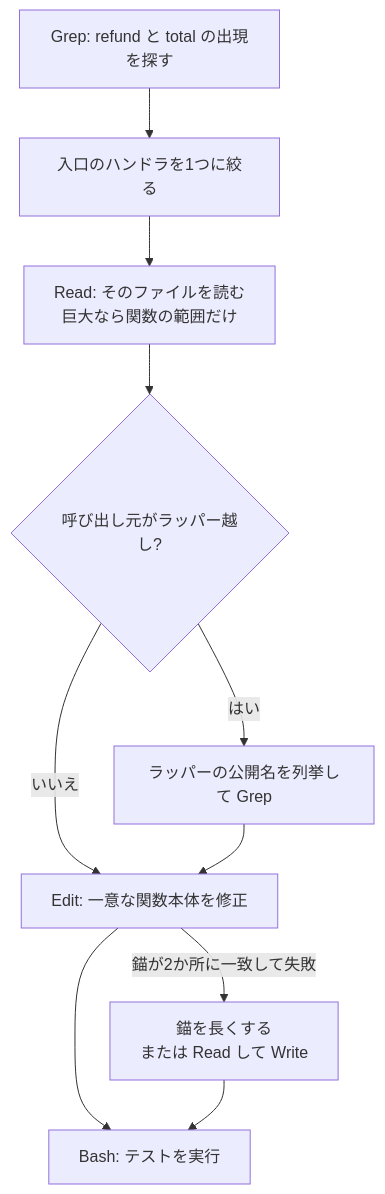
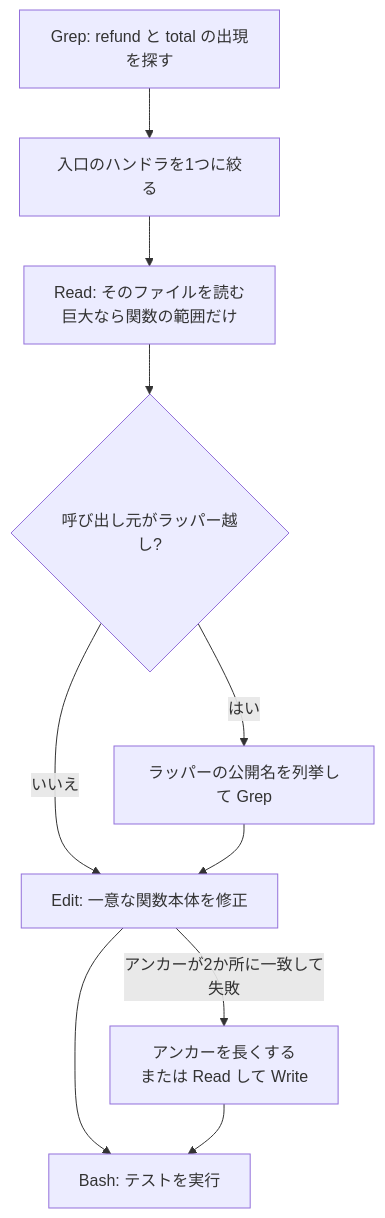
The sixth of 6 diagrams in CCAR-F対策/CCAR-F対策_原本/02-ツール設計とMCP統合.md (RIN-POKO/Studying_CertificationExams), drawn with Mermaid before and after one commit. The commit also changed other lines of this file and 2 other files, not shown here.

````diff
--- a/CCAR-F対策/CCAR-F対策_原本/02-ツール設計とMCP統合.md
+++ b/CCAR-F対策/CCAR-F対策_原本/02-ツール設計とMCP統合.md
@@ -303,12 +303,12 @@
 ```mermaid
 flowchart TD
   A[Grep: refund と total の出現を探す] --> B[入口のハンドラを1つに絞る]
   B --> C[Read: そのファイルを読む<br>巨大なら関数の範囲だけ]
   C --> D{呼び出し元がラッパー越し?}
   D -->|はい| E[ラッパーの公開名を列挙して Grep]
   D -->|いいえ| F[Edit: 一意な関数本体を修正]
   E --> F
-  F -->|錨が2か所に一致して失敗| G[錨を長くする<br>または Read して Write]
+  F -->|アンカーが2か所に一致して失敗| G[アンカーを長くする<br>または Read して Write]
   F --> H[Bash: テストを実行]
   G --> H
 ```
````
